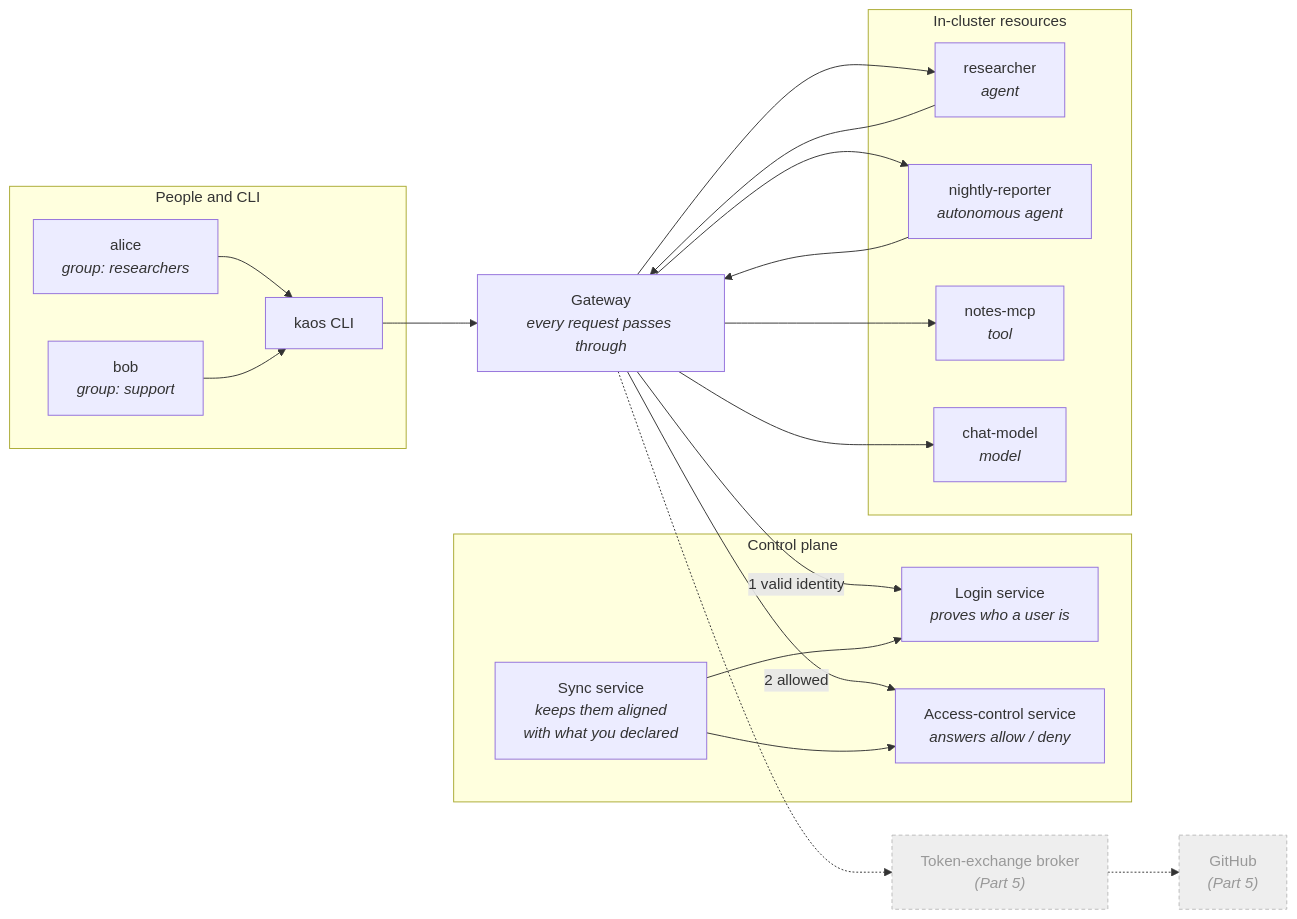
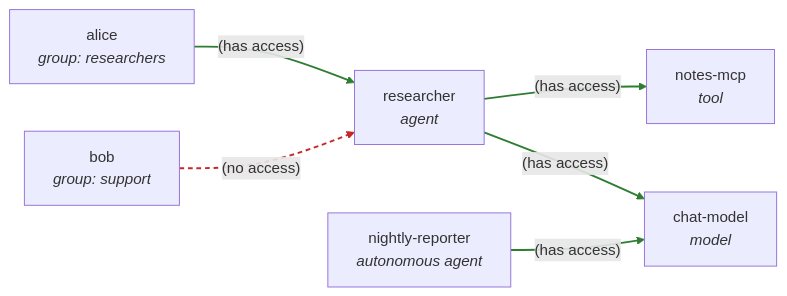
The third of 13 diagrams in docs/examples/authorization-draft.md (axsaucedo/kaos), drawn with Mermaid before and after one commit. The commit also changed other lines of this file, not shown here.

Commit message:
docs: restructure authorization guide (control-plane diagrams, folded example, Part 5 reframe, naming)

````diff
--- a/docs/examples/authorization-draft.md
+++ b/docs/examples/authorization-draft.md
@@ -18,41 +209,21 @@
 ```mermaid
 flowchart LR
-  subgraph left["People and CLI"]
-    alice["alice<br/><i>group: researchers</i>"]
-    bob["bob<br/><i>group: support</i>"]
-    CLI["kaos CLI"]
-  end
-  subgraph control["Control plane"]
-    LOGIN["Login service<br/><i>proves who a user is</i>"]
-    AC["Access-control service<br/><i>answers allow / deny</i>"]
-    SYNC["Sync service<br/><i>keeps them aligned<br/>with what you declared</i>"]
-  end
-  GW["Gateway<br/><i>every request passes through</i>"]
-  subgraph right["In-cluster resources"]
-    RES["researcher<br/><i>agent</i>"]
-    NR["nightly-reporter<br/><i>autonomous agent</i>"]
-    MCP["notes-mcp<br/><i>tool</i>"]
-    MODEL["chat-model<br/><i>model</i>"]
-  end
-  BROKER["Token-exchange broker<br/><i>(Part 5)</i>"]
-  GH["GitHub<br/><i>(Part 5)</i>"]
+  alice["alice<br/><i>group: researchers</i>"]
+  bob["bob<br/><i>group: support</i>"]
+  RES["researcher<br/><i>agent</i>"]
+  NR["nightly-reporter<br/><i>autonomous agent</i>"]
+  MCP["notes-mcp<br/><i>tool</i>"]
+  MODEL["chat-model<br/><i>model</i>"]
 
-  alice --> CLI
-  bob --> CLI
-  CLI --> GW
-  GW -->|"1 valid identity"| LOGIN
-  GW -->|"2 allowed"| AC
-  SYNC --> LOGIN
-  SYNC --> AC
-  GW --> RES
-  GW --> NR
-  RES --> GW
-  NR --> GW
-  GW --> MCP
-  GW --> MODEL
-  GW -.-> BROKER
-  BROKER -.-> GH
+  alice -->|"(has access)"| RES
+  bob -->|"(no access)"| RES
+  RES -->|"(has access)"| MCP
+  RES -->|"(has access)"| MODEL
+  NR -->|"(has access)"| MODEL
 
-  classDef part5 fill:#eeeeee,stroke:#bbbbbb,color:#999999,stroke-dasharray:4 3;
-  class BROKER,GH part5;
+  linkStyle 0 stroke:#2e7d32,stroke-width:2px
+  linkStyle 1 stroke:#c62828,stroke-width:2px,stroke-dasharray:5 4
+  linkStyle 2 stroke:#2e7d32,stroke-width:2px
+  linkStyle 3 stroke:#2e7d32,stroke-width:2px
+  linkStyle 4 stroke:#2e7d32,stroke-width:2px
 ```
````
